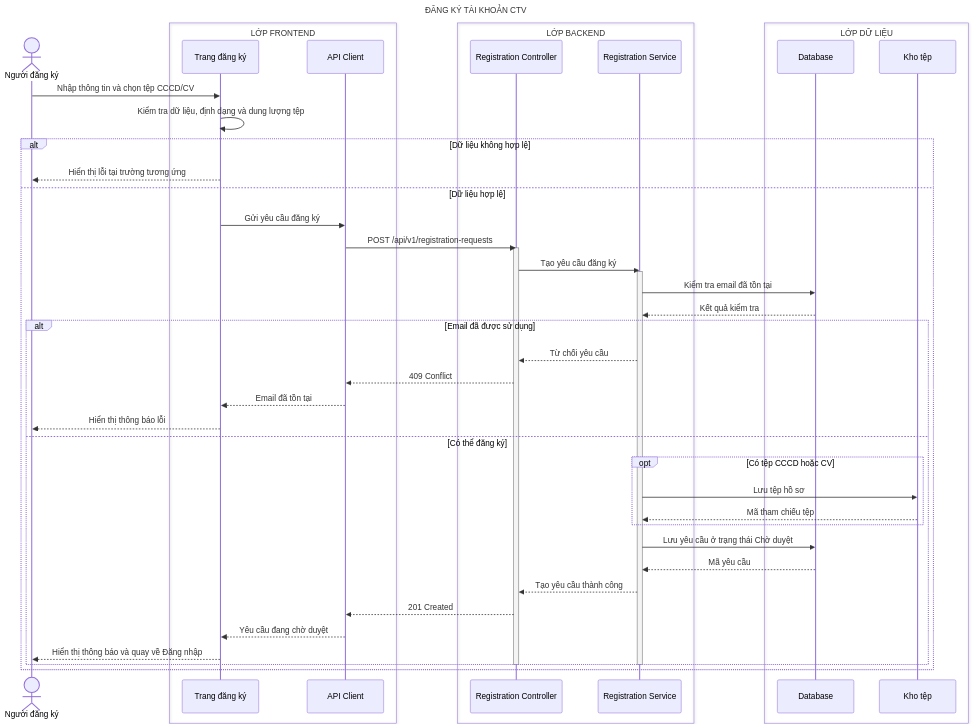
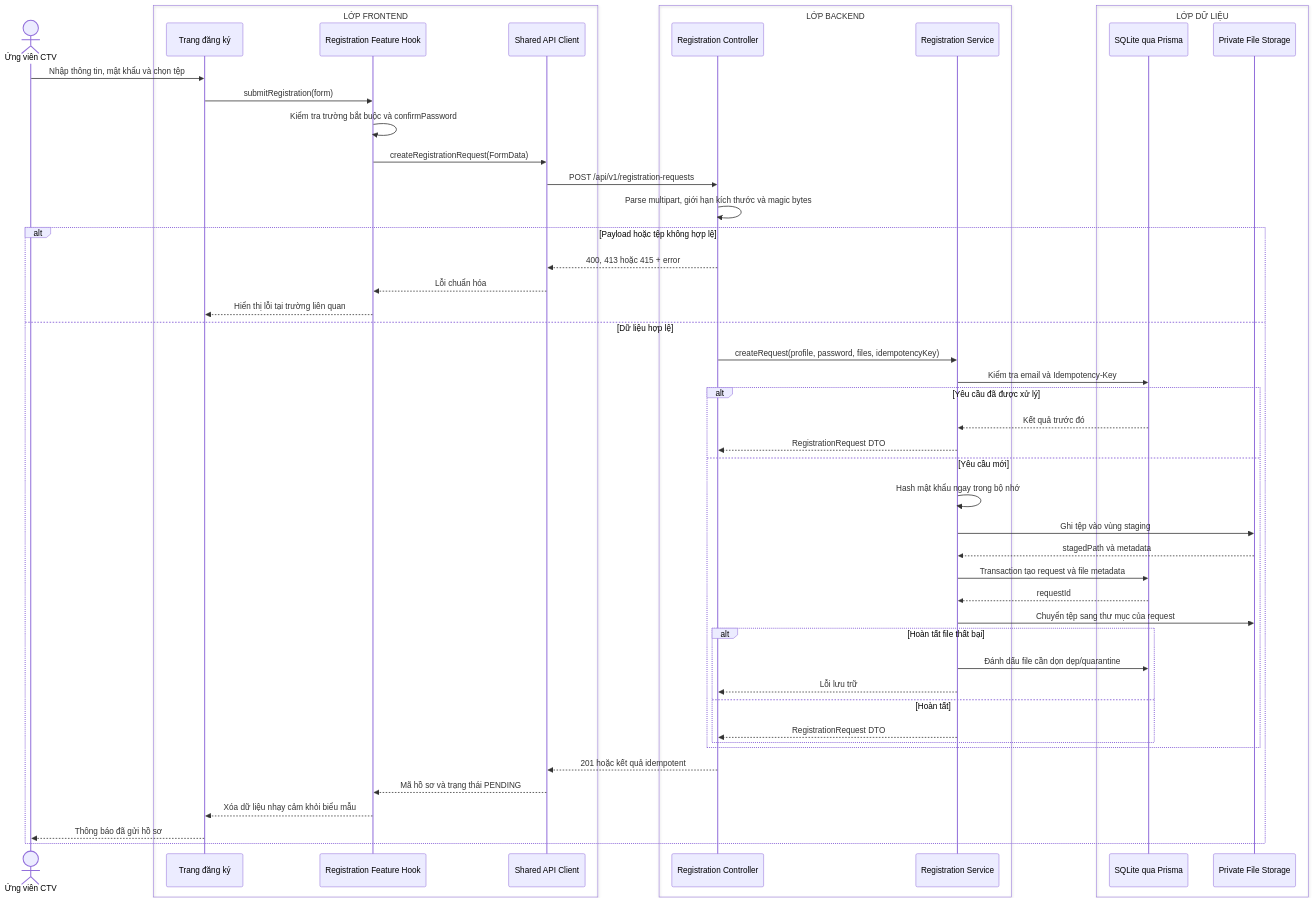
The diagram in docs/sequence-diagrams/02-dang-ky.md (MINHDZVODICH/ctv-manage), drawn with Mermaid before and after one commit. The commit also changed other lines of this file and 19 other files, not shown here.

Commit message:
docs: align API architecture and prototype flows

````diff
--- a/docs/sequence-diagrams/02-dang-ky.md
+++ b/docs/sequence-diagrams/02-dang-ky.md
@@ -5,57 +5,54 @@
 ```mermaid
 sequenceDiagram
-    title ĐĂNG KÝ TÀI KHOẢN CTV
-
-    actor U as Người đăng ký
-
+    actor U as Ứng viên CTV
     box LỚP FRONTEND
         participant UI as Trang đăng ký
-        participant API as API Client
+        participant H as Registration Feature Hook
+        participant API as Shared API Client
     end
-
     box LỚP BACKEND
         participant C as Registration Controller
         participant S as Registration Service
     end
-
     box LỚP DỮ LIỆU
-        participant DB as Database
-        participant FS as Kho tệp
+        participant DB as SQLite qua Prisma
+        participant FS as Private File Storage
     end
 
-    U->>UI: Nhập thông tin và chọn tệp CCCD/CV
-    UI->>UI: Kiểm tra dữ liệu, định dạng và dung lượng tệp
+    U->>UI: Nhập thông tin, mật khẩu và chọn tệp
+    UI->>H: submitRegistration(form)
+    H->>H: Kiểm tra trường bắt buộc và confirmPassword
+    H->>API: createRegistrationRequest(FormData)
+    API->>C: POST /api/v1/registration-requests
+    C->>C: Parse multipart, giới hạn kích thước và magic bytes
 
-    alt Dữ liệu không hợp lệ
-        UI-->>U: Hiển thị lỗi tại trường tương ứng
+    alt Payload hoặc tệp không hợp lệ
+        C-->>API: 400, 413 hoặc 415 + error
+        API-->>H: Lỗi chuẩn hóa
+        H-->>UI: Hiển thị lỗi tại trường liên quan
     else Dữ liệu hợp lệ
-        UI->>API: Gửi yêu cầu đăng ký
-        API->>C: POST /api/v1/registration-requests
-        activate C
-        C->>S: Tạo yêu cầu đăng ký
-        activate S
-        S->>DB: Kiểm tra email đã tồn tại
-        DB-->>S: Kết quả kiểm tra
-
-        alt Email đã được sử dụng
-            S-->>C: Từ chối yêu cầu
-            C-->>API: 409 Conflict
-            API-->>UI: Email đã tồn tại
-            UI-->>U: Hiển thị thông báo lỗi
-        else Có thể đăng ký
-            opt Có tệp CCCD hoặc CV
-                S->>FS: Lưu tệp hồ sơ
-                FS-->>S: Mã tham chiếu tệp
+        C->>S: createRequest(profile, password, files, idempotencyKey)
+        S->>DB: Kiểm tra email và Idempotency-Key
+        alt Yêu cầu đã được xử lý
+            DB-->>S: Kết quả trước đó
+            S-->>C: RegistrationRequest DTO
+        else Yêu cầu mới
+            S->>S: Hash mật khẩu ngay trong bộ nhớ
+            S->>FS: Ghi tệp vào vùng staging
+            FS-->>S: stagedPath và metadata
+            S->>DB: Transaction tạo request và file metadata
+            DB-->>S: requestId
+            S->>FS: Chuyển tệp sang thư mục của request
+            alt Hoàn tất file thất bại
+                S->>DB: Đánh dấu file cần dọn dẹp/quarantine
+                S-->>C: Lỗi lưu trữ
+            else Hoàn tất
+                S-->>C: RegistrationRequest DTO
             end
-            S->>DB: Lưu yêu cầu ở trạng thái Chờ duyệt
-            DB-->>S: Mã yêu cầu
-            S-->>C: Tạo yêu cầu thành công
-            C-->>API: 201 Created
-            API-->>UI: Yêu cầu đang chờ duyệt
-            UI-->>U: Hiển thị thông báo và quay về Đăng nhập
         end
-
-        deactivate S
-        deactivate C
+        C-->>API: 201 hoặc kết quả idempotent
+        API-->>H: Mã hồ sơ và trạng thái PENDING
+        H-->>UI: Xóa dữ liệu nhạy cảm khỏi biểu mẫu
+        UI-->>U: Thông báo đã gửi hồ sơ
     end
 ```
````
